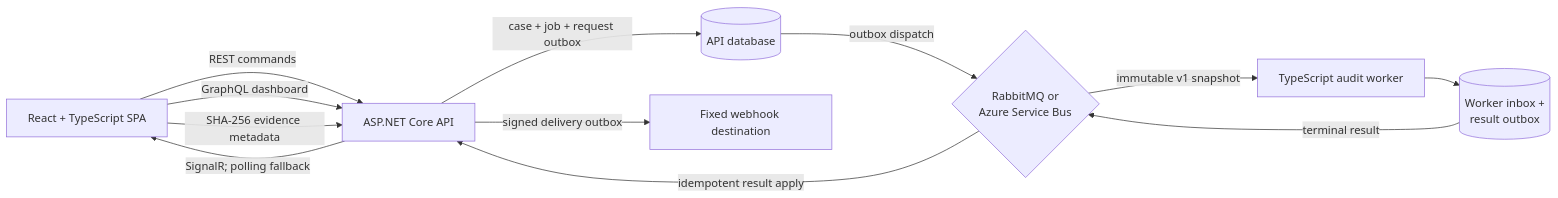
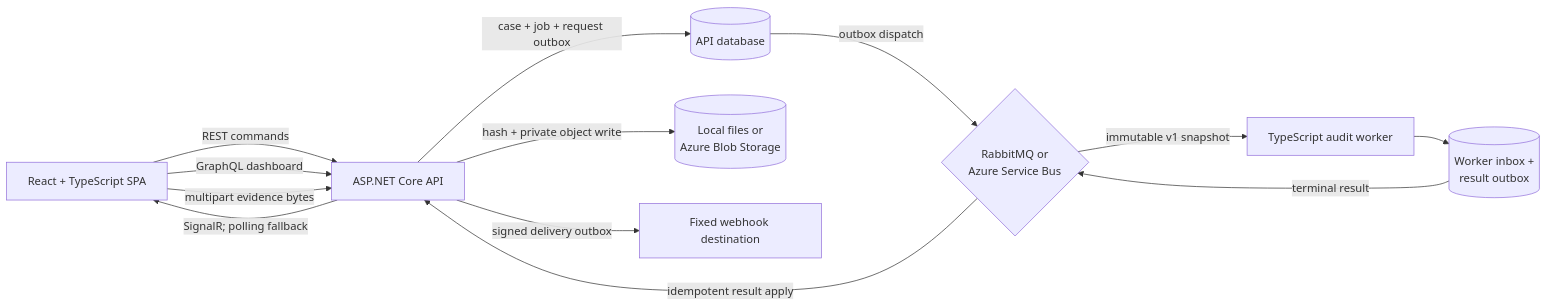
The diagram in README.md (MarvelousJade/CaseLedger), drawn with Mermaid before and after one commit. The commit also changed other lines of this file and 3 other files, not shown here.

````diff
--- a/README.md
+++ b/README.md
@@ -82,22 +89,24 @@
 ```mermaid
 flowchart LR
     Browser[React + TypeScript SPA]
     API[ASP.NET Core API]
     Data[(API database)]
+    Evidence[(Local files or<br/>Azure Blob Storage)]
     Broker{RabbitMQ or<br/>Azure Service Bus}
     Worker[TypeScript audit worker]
     WorkerData[(Worker inbox +<br/>result outbox)]
     Webhook[Fixed webhook destination]
 
     Browser -->|REST commands| API
     Browser -->|GraphQL dashboard| API
-    Browser -->|SHA-256 evidence metadata| API
+    Browser -->|multipart evidence bytes| API
+    API -->|hash + private object write| Evidence
     API -->|case + job + request outbox| Data
     Data -->|outbox dispatch| Broker
     Broker -->|immutable v1 snapshot| Worker
     Worker --> WorkerData
     WorkerData -->|terminal result| Broker
     Broker -->|idempotent result apply| API
     API -->|SignalR; polling fallback| Browser
     API -->|signed delivery outbox| Webhook
 ```
````
